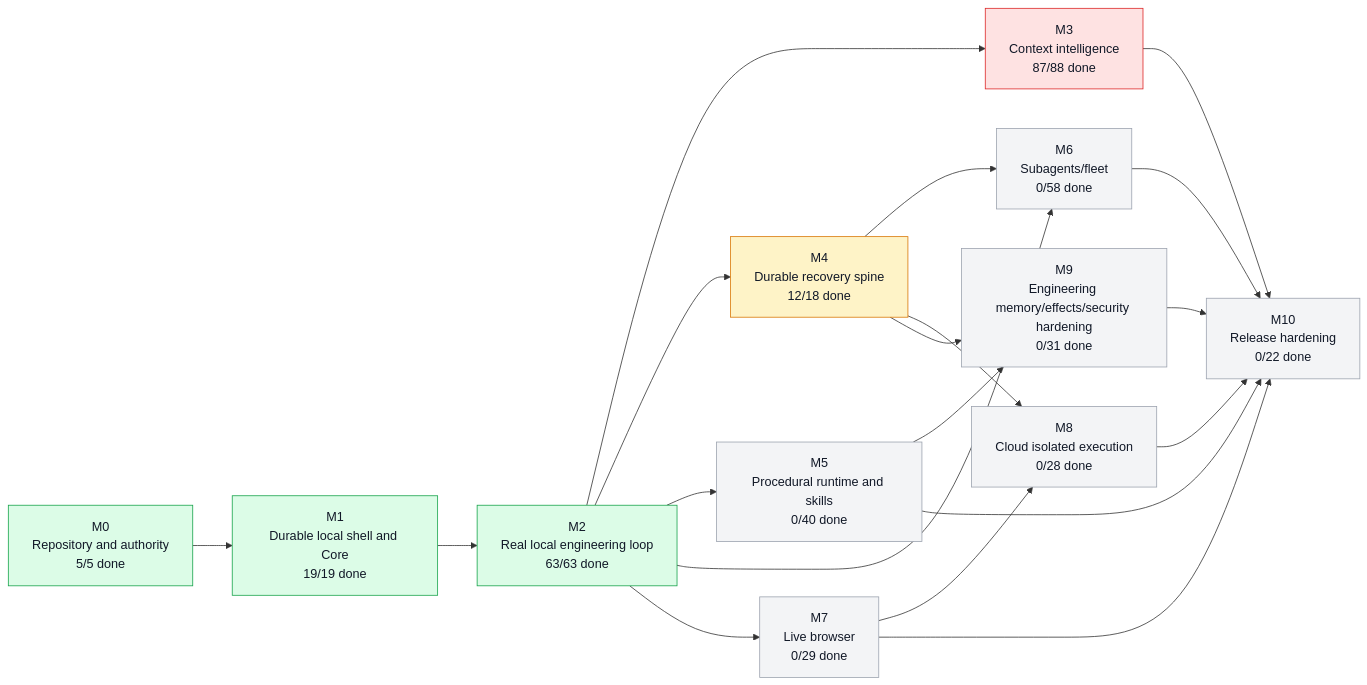
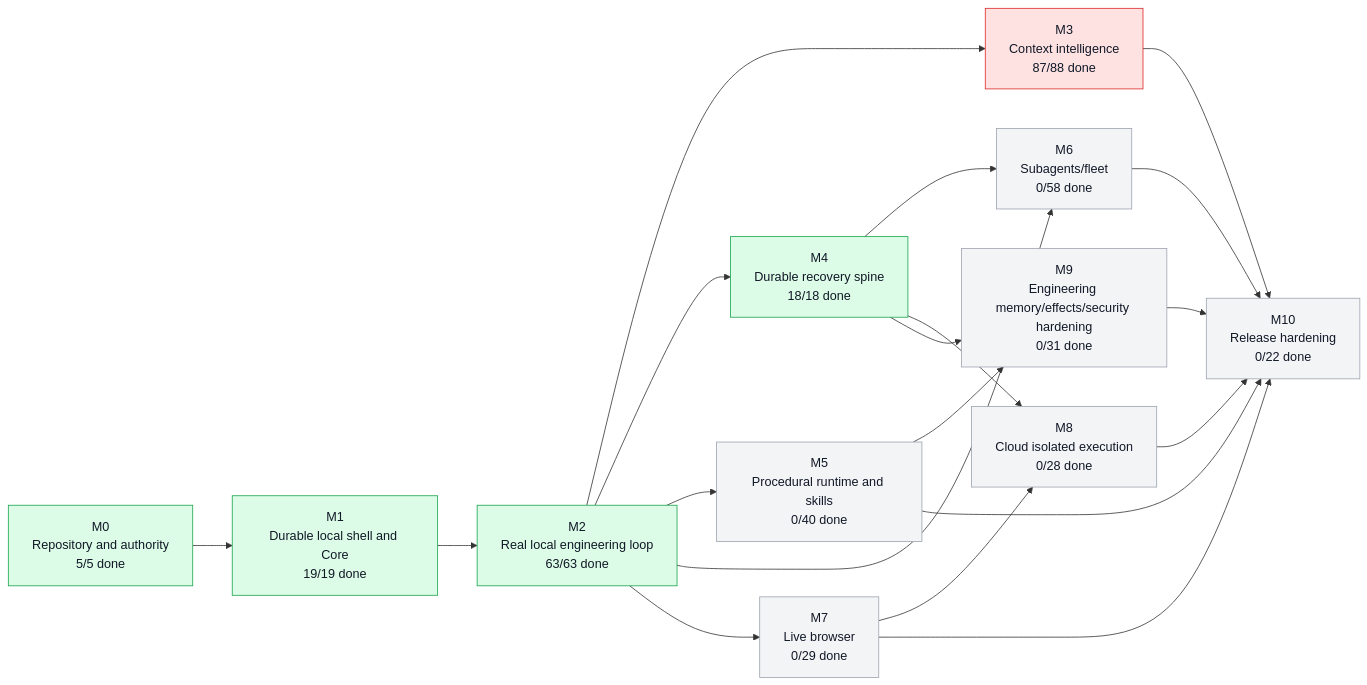
One commit to moss101/modbit changed the first of 5 diagrams in graph/PROJECT_GRAPH.md. Above: the diagram before and after it, drawn with Mermaid. The commit also changed other lines of this file and 17 other files, not shown here.

````diff
--- a/graph/PROJECT_GRAPH.md
+++ b/graph/PROJECT_GRAPH.md
@@ -57,43 +57,43 @@
 ```mermaid
 flowchart LR
   M0["M0<br/>Repository and authority<br/>5/5 done"]
   M1["M1<br/>Durable local shell and Core<br/>19/19 done"]
   M2["M2<br/>Real local engineering loop<br/>63/63 done"]
   M3["M3<br/>Context intelligence<br/>87/88 done"]
-  M4["M4<br/>Durable recovery spine<br/>12/18 done"]
+  M4["M4<br/>Durable recovery spine<br/>18/18 done"]
   M5["M5<br/>Procedural runtime and skills<br/>0/40 done"]
   M6["M6<br/>Subagents/fleet<br/>0/58 done"]
   M7["M7<br/>Live browser<br/>0/29 done"]
   M8["M8<br/>Cloud isolated execution<br/>0/28 done"]
   M9["M9<br/>Engineering memory/effects/security hardening<br/>0/31 done"]
   M10["M10<br/>Release hardening<br/>0/22 done"]
   M0 --> M1
   M1 --> M2
   M2 --> M3
   M2 --> M4
   M2 --> M5
   M2 --> M6
   M4 --> M6
   M2 --> M7
   M4 --> M8
   M7 --> M8
   M4 --> M9
   M5 --> M9
   M3 --> M10
   M5 --> M10
   M6 --> M10
   M7 --> M10
   M8 --> M10
   M9 --> M10
   style M0 fill:#dcfce7,stroke:#16a34a,color:#111827
   style M1 fill:#dcfce7,stroke:#16a34a,color:#111827
   style M2 fill:#dcfce7,stroke:#16a34a,color:#111827
   style M3 fill:#fee2e2,stroke:#dc2626,color:#111827
-  style M4 fill:#fef3c7,stroke:#d97706,color:#111827
+  style M4 fill:#dcfce7,stroke:#16a34a,color:#111827
   style M5 fill:#f3f4f6,stroke:#9ca3af,color:#111827
   style M6 fill:#f3f4f6,stroke:#9ca3af,color:#111827
   style M7 fill:#f3f4f6,stroke:#9ca3af,color:#111827
   style M8 fill:#f3f4f6,stroke:#9ca3af,color:#111827
   style M9 fill:#f3f4f6,stroke:#9ca3af,color:#111827
   style M10 fill:#f3f4f6,stroke:#9ca3af,color:#111827
 ```
````
